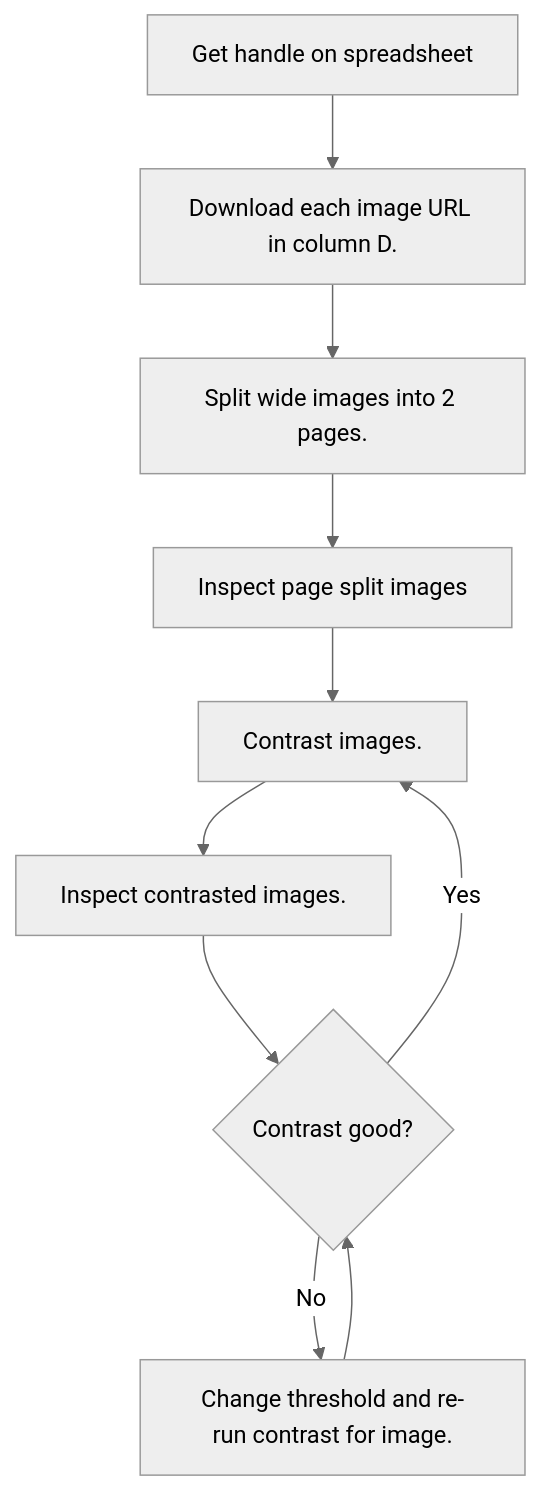
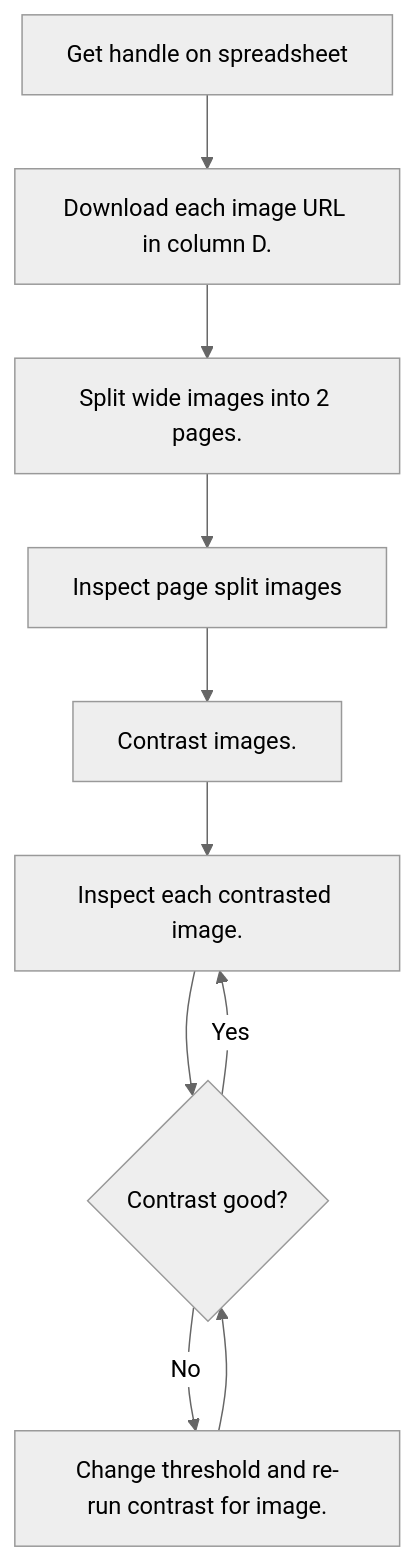
One commit to jeffblackadar/fieldbooks_antioch changed the first of 2 diagrams in README.md. Above: the diagram before and after it, drawn with Mermaid (neutral theme).

````diff
--- a/README.md
+++ b/README.md
@@ -97,13 +97,13 @@
 ```mermaid
 graph TD
 
 D1["Get handle on spreadsheet"]-->D2["Download each image URL in column D."]
 D2-->D3["Split wide images into 2 pages."]
 D3-->D4["Inspect page split images"]
 D4-->D5["Contrast images."]
-D5-->D6["Inspect contrasted images."]
+D5-->D6["Inspect each contrasted image."]
 D6-->D7{"Contrast good?"}
-D7-->|Yes|D5
+D7-->|Yes|D6
 D7-->|No|D8["Change threshold and re-run contrast for image."]
 D8-->D7
 ```
````
